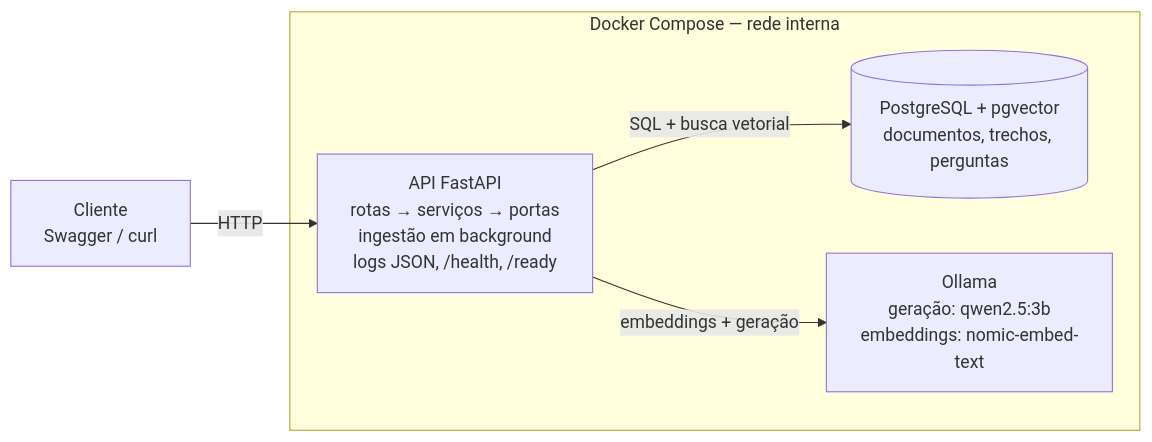
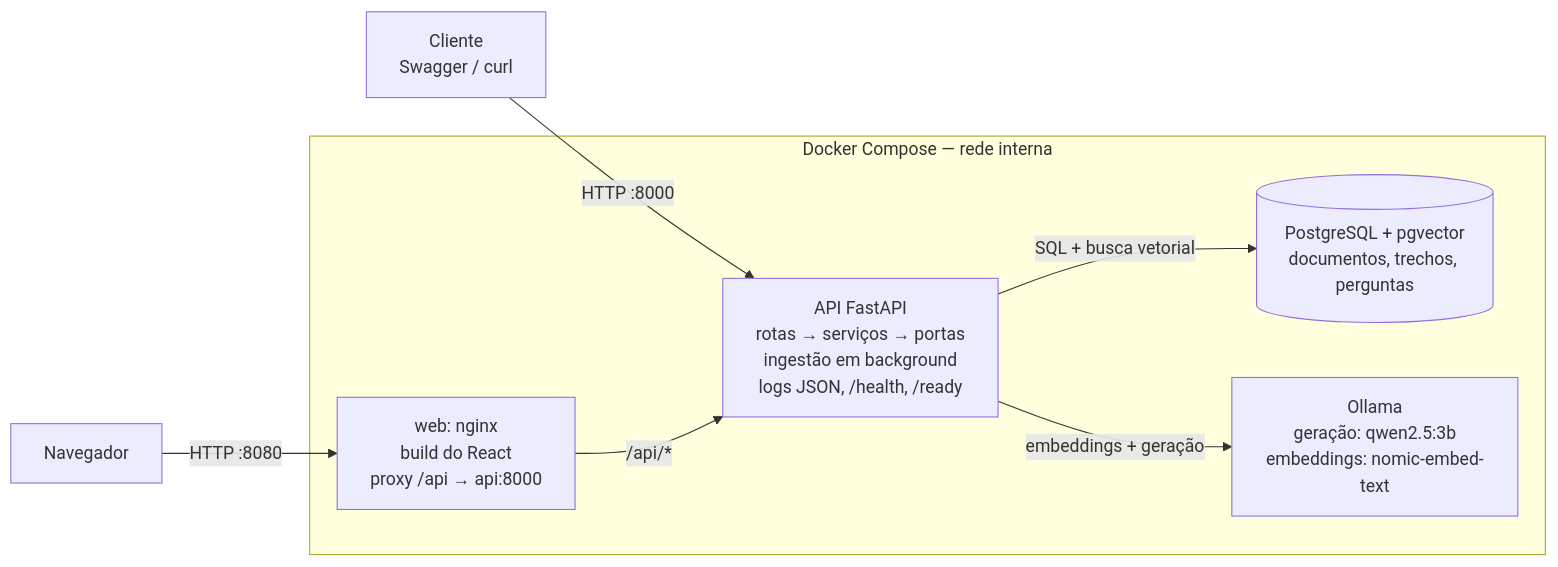
One commit to rafelms/EduRAG changed the diagram in docs/spec.md. Above: the diagram before and after it, drawn with Mermaid. The commit also changed other lines of this file and 2 other files, not shown here.

First line of the commit message:
docs: interface web registrada na spec (RF09 e T11)

````diff
--- a/docs/spec.md
+++ b/docs/spec.md
@@ -56,12 +57,15 @@
 ```mermaid
 flowchart LR
-    C[Cliente<br/>Swagger / curl] -- HTTP --> API
+    N[Navegador] -- HTTP :8080 --> WEB
+    C[Cliente<br/>Swagger / curl] -- HTTP :8000 --> API
 
     subgraph Compose[Docker Compose — rede interna]
+        WEB[web: nginx<br/>build do React<br/>proxy /api → api:8000]
+        WEB -- /api/* --> API
         API[API FastAPI<br/>rotas → serviços → portas<br/>ingestão em background<br/>logs JSON, /health, /ready]
         PG[(PostgreSQL + pgvector<br/>documentos, trechos, perguntas)]
         OL[Ollama<br/>geração: qwen2.5:3b<br/>embeddings: nomic-embed-text]
         API -- SQL + busca vetorial --> PG
         API -- embeddings + geração --> OL
     end
 ```
````
